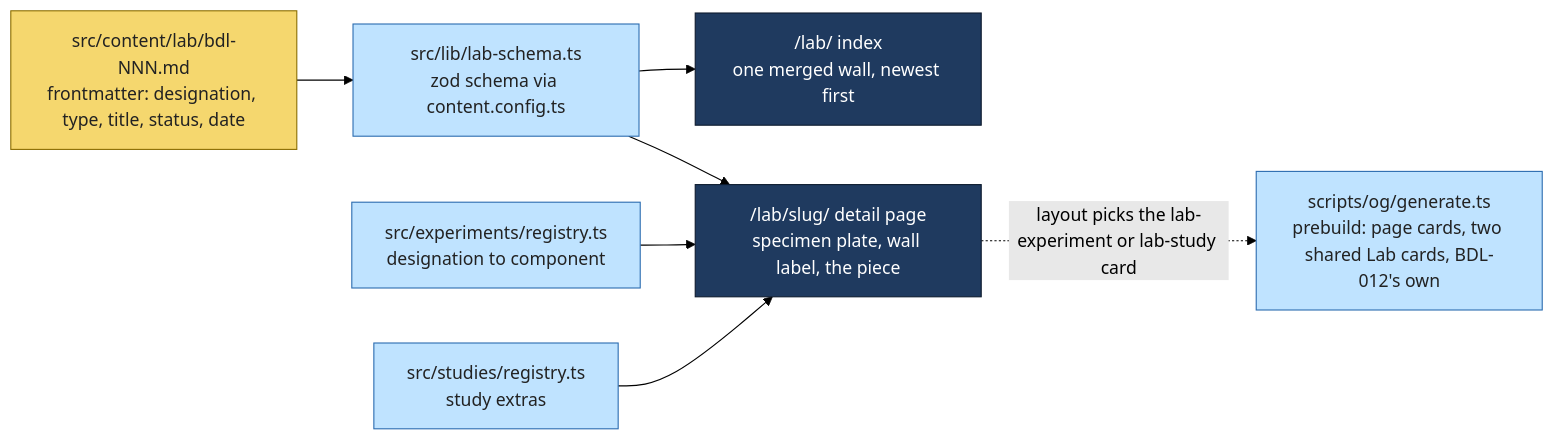
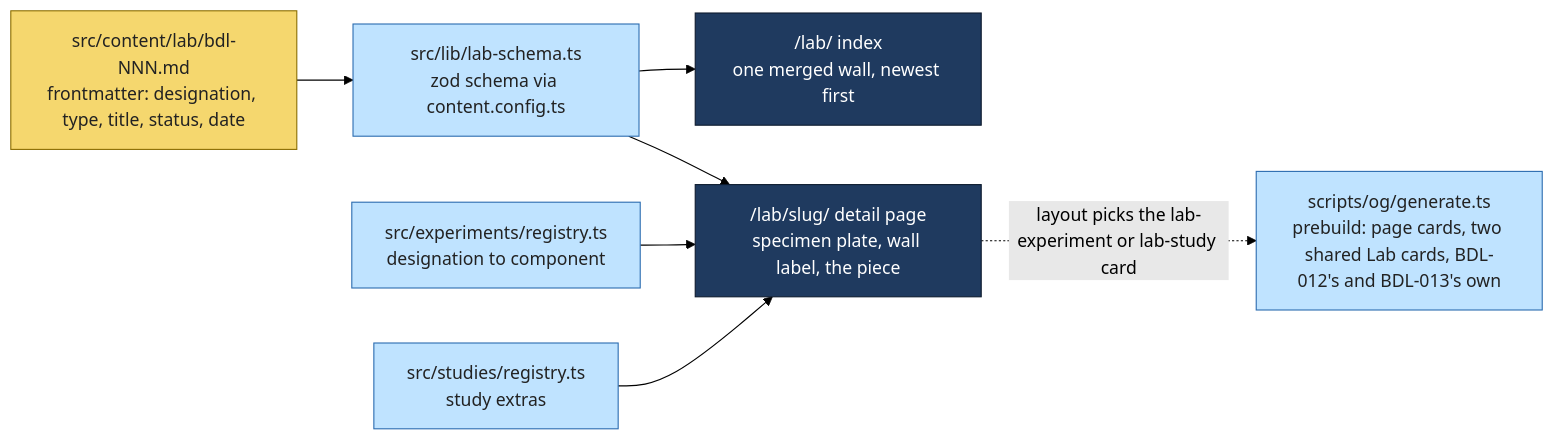
Before and after one commit to BirchDesignLab/birchdesignlab: the third of 7 diagrams in README.md, drawn with Mermaid (forest theme). The commit also changed other lines of this file and 9 other files, not shown here.

First line of the commit message:
README charts: add BDL-013 The Drawing Set after merging main

````diff
--- a/README.md
+++ b/README.md
@@ -234,20 +235,20 @@
 ```mermaid
 flowchart LR
     classDef store fill:#f5d76e,stroke:#8a6d00,color:#222
     classDef cloud fill:#1f3a5f,stroke:#0d1b2e,color:#fff
     classDef you fill:#bfe3ff,stroke:#2b6cb0,color:#222
 
     MD["src/content/lab/bdl-NNN.md<br/>frontmatter: designation, type, title, status, date"]:::store
     SCHEMA["src/lib/lab-schema.ts<br/>zod schema via content.config.ts"]:::you
     REG["src/experiments/registry.ts<br/>designation to component"]:::you
     SREG["src/studies/registry.ts<br/>study extras"]:::you
     IDX["/lab/ index<br/>one merged wall, newest first"]:::cloud
     DET["/lab/slug/ detail page<br/>specimen plate, wall label, the piece"]:::cloud
-    OG["scripts/og/generate.ts<br/>prebuild: page cards, two shared Lab cards, BDL-012's own"]:::you
+    OG["scripts/og/generate.ts<br/>prebuild: page cards, two shared Lab cards, BDL-012's and BDL-013's own"]:::you
 
     MD --> SCHEMA --> IDX
     SCHEMA --> DET
     REG --> DET
     SREG --> DET
     DET -.->|"layout picks the lab-experiment or lab-study card"| OG
 ```
````
